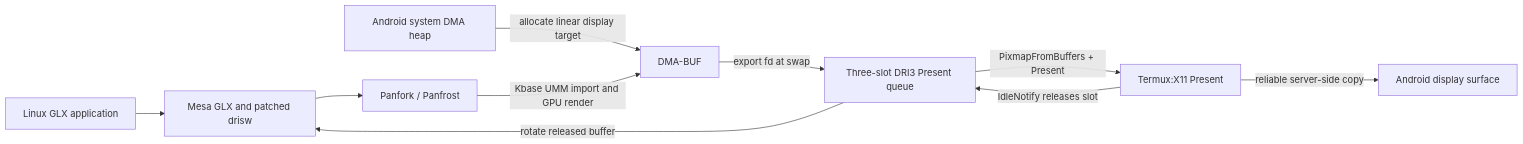
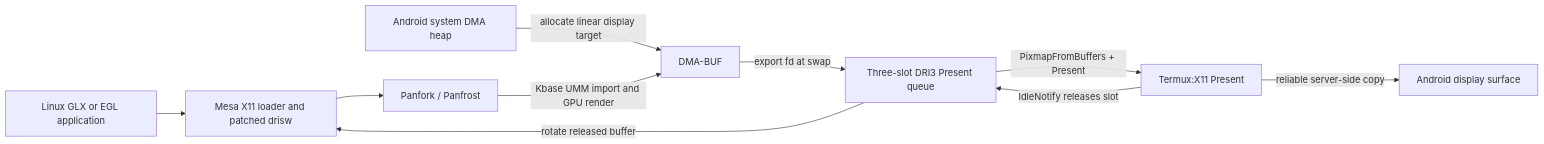
The diagram in tensor-g1/README.md (RandomCoderOrg/mesa-gfxstream), drawn with Mermaid before and after one commit. The commit also changed other lines of this file and 17 other files, not shown here.

````diff
--- a/tensor-g1/README.md
+++ b/tensor-g1/README.md
@@ -46,12 +47,12 @@
 ```mermaid
 flowchart LR
-    APP["Linux GLX application"] --> GLX["Mesa GLX and patched drisw"]
+    APP["Linux GLX or EGL application"] --> LOADER["Mesa X11 loader and patched drisw"]
     HEAP["Android system DMA heap"] -->|"allocate linear display target"| BUF["DMA-BUF"]
-    GLX --> PAN["Panfork / Panfrost"]
+    LOADER --> PAN["Panfork / Panfrost"]
     PAN -->|"Kbase UMM import and GPU render"| BUF
     BUF -->|"export fd at swap"| QUEUE["Three-slot DRI3 Present queue"]
     QUEUE -->|"PixmapFromBuffers + Present"| X11["Termux:X11 Present"]
     X11 -->|"IdleNotify releases slot"| QUEUE
-    QUEUE -->|"rotate released buffer"| GLX
+    QUEUE -->|"rotate released buffer"| LOADER
     X11 -->|"reliable server-side copy"| SURFACE["Android display surface"]
 ```
````
